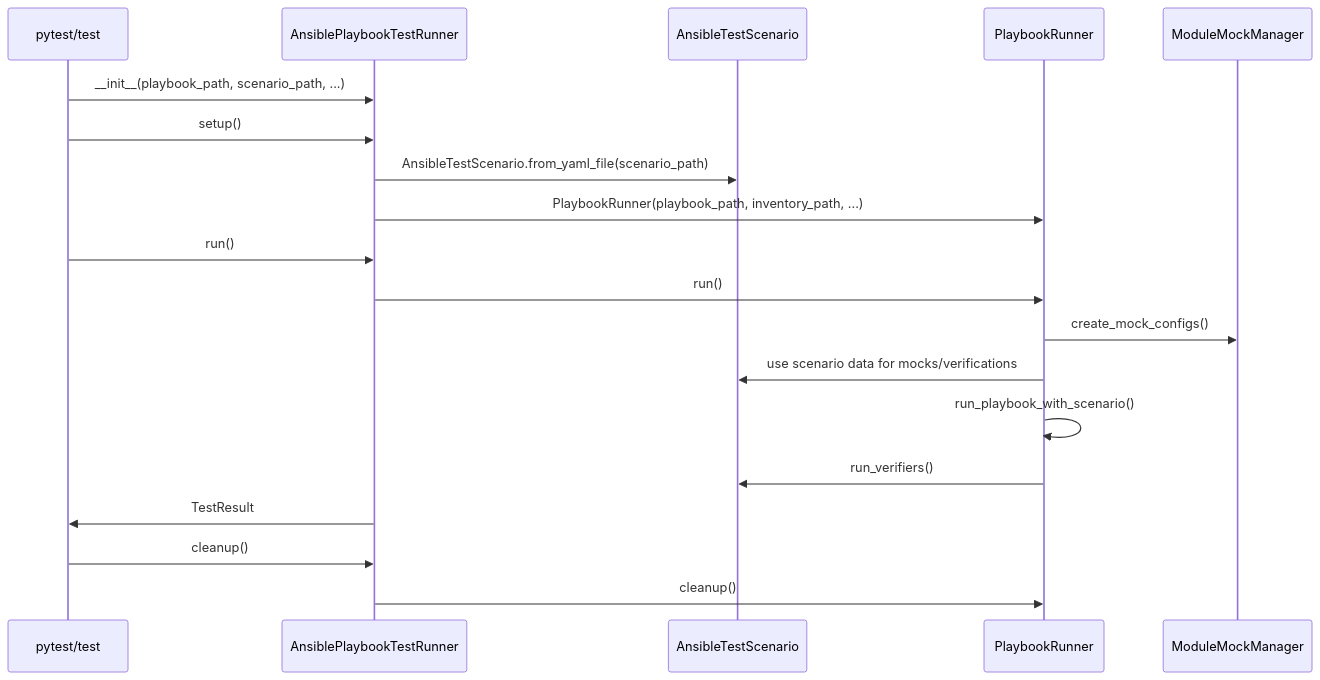
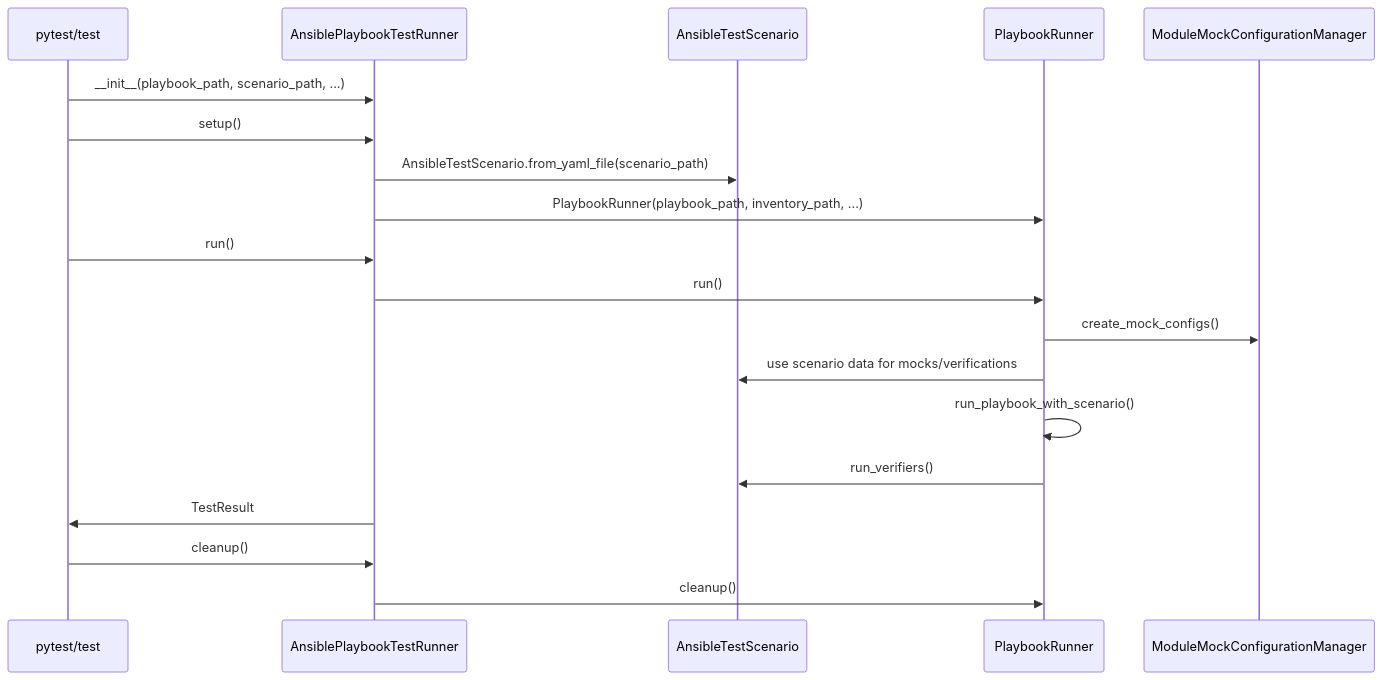
One commit to opendevstack/ansible-playtest changed the second of 2 diagrams in docs/diagrams.md. Above: the diagram before and after it, drawn with Mermaid. The commit also changed other lines of this file and 20 other files, not shown here.

````diff
--- a/docs/diagrams.md
+++ b/docs/diagrams.md
@@ -35,22 +35,22 @@
 ```mermaid
 sequenceDiagram
     participant Test as pytest/test
     participant Runner as AnsiblePlaybookTestRunner
     participant Scenario as AnsibleTestScenario
     participant PBRunner as PlaybookRunner
-    participant MockMgr as ModuleMockManager
+    participant MockMgr as ModuleMockConfigurationManager
 
     Test->>Runner: __init__(playbook_path, scenario_path, ...)
     Test->>Runner: setup()
     Runner->>Scenario: AnsibleTestScenario.from_yaml_file(scenario_path)
     Runner->>PBRunner: PlaybookRunner(playbook_path, inventory_path, ...)
     Test->>Runner: run()
     Runner->>PBRunner: run()
     PBRunner->>MockMgr: create_mock_configs()
     PBRunner->>Scenario: use scenario data for mocks/verifications
     PBRunner->>PBRunner: run_playbook_with_scenario()
     PBRunner->>Scenario: run_verifiers()
     Runner->>Test: TestResult
     Test->>Runner: cleanup()
     Runner->>PBRunner: cleanup()
 ```
````
